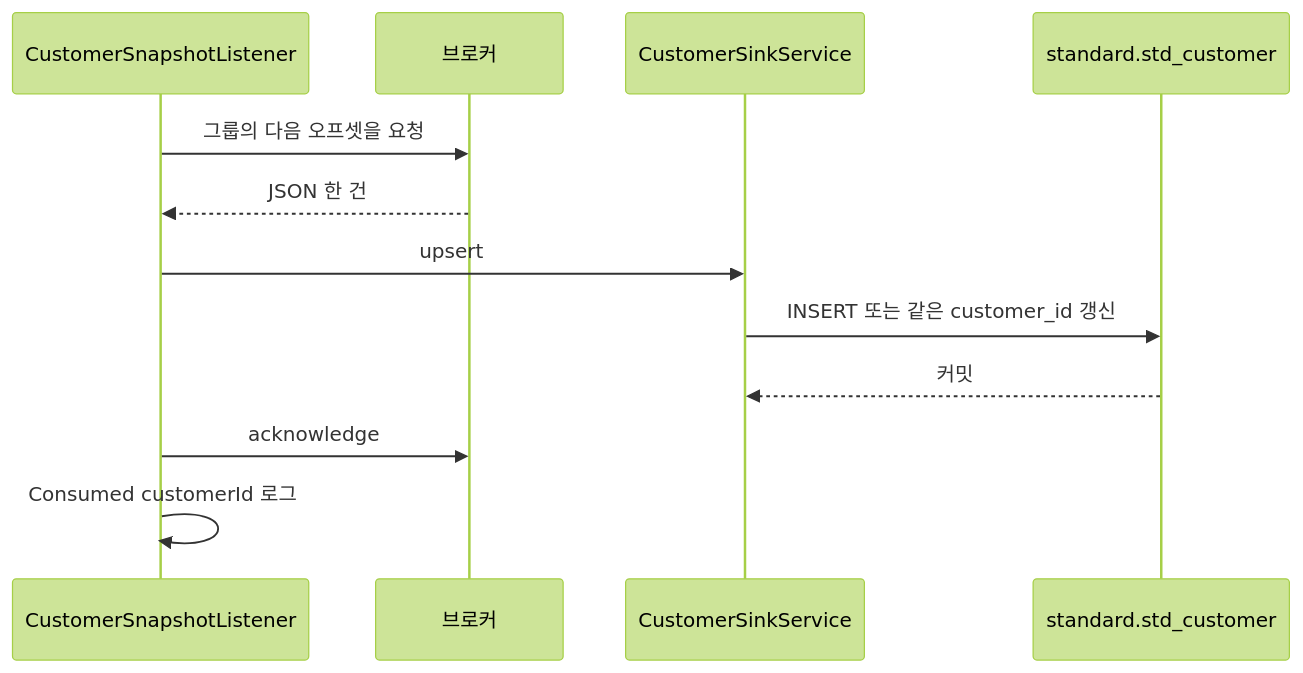
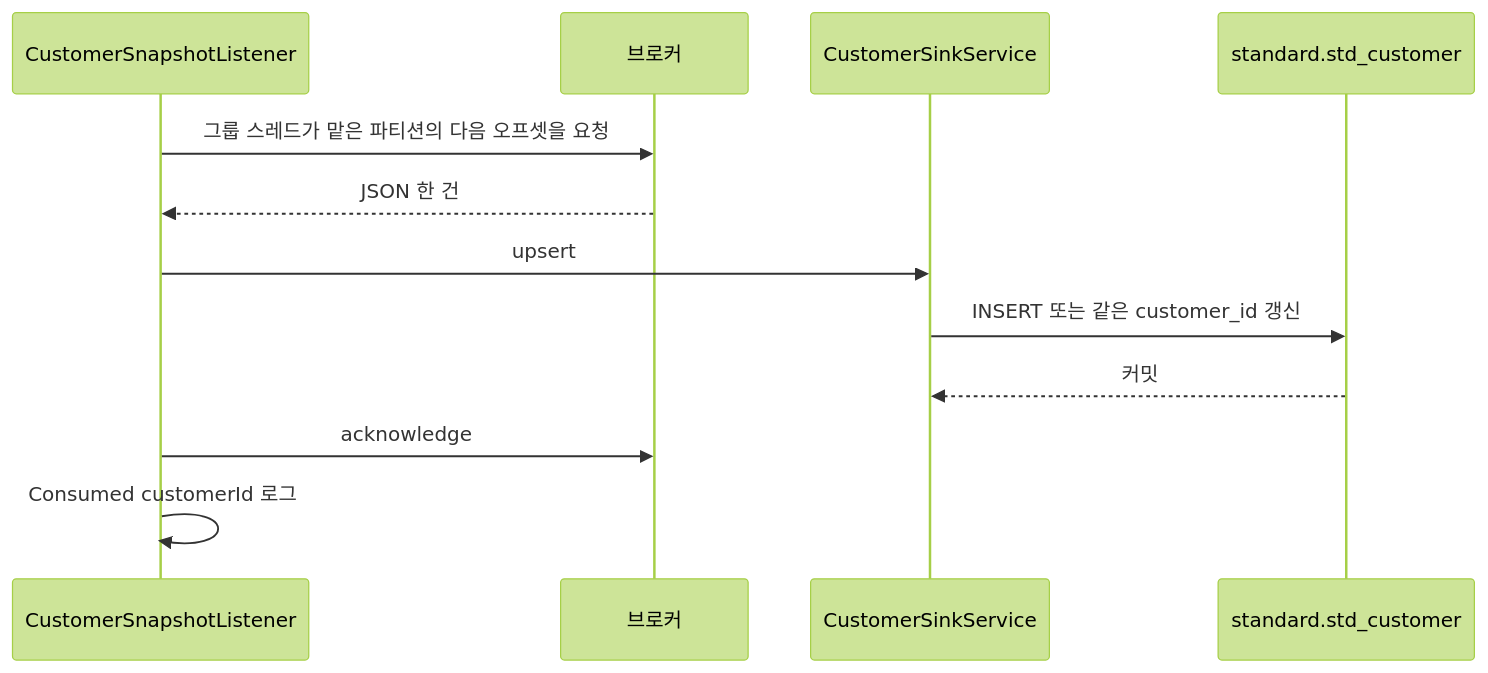
Before and after one commit to zustarttf/kafka_test: the third of 3 diagrams in docs/flow.md, drawn with Mermaid (forest theme). The commit also changed other lines of this file and 4 other files, not shown here.

````diff
--- a/docs/flow.md
+++ b/docs/flow.md
@@ -94,15 +94,15 @@
 ```mermaid
 sequenceDiagram
   participant Listener as CustomerSnapshotListener
   participant Broker as 브로커
   participant Sink as CustomerSinkService
   participant Db as standard.std_customer
 
-  Listener->>Broker: 그룹의 다음 오프셋을 요청
+  Listener->>Broker: 그룹 스레드가 맡은 파티션의 다음 오프셋을 요청
   Broker-->>Listener: JSON 한 건
   Listener->>Sink: upsert
   Sink->>Db: INSERT 또는 같은 customer_id 갱신
   Db-->>Sink: 커밋
   Listener->>Broker: acknowledge
   Listener->>Listener: Consumed customerId 로그
 ```
````
